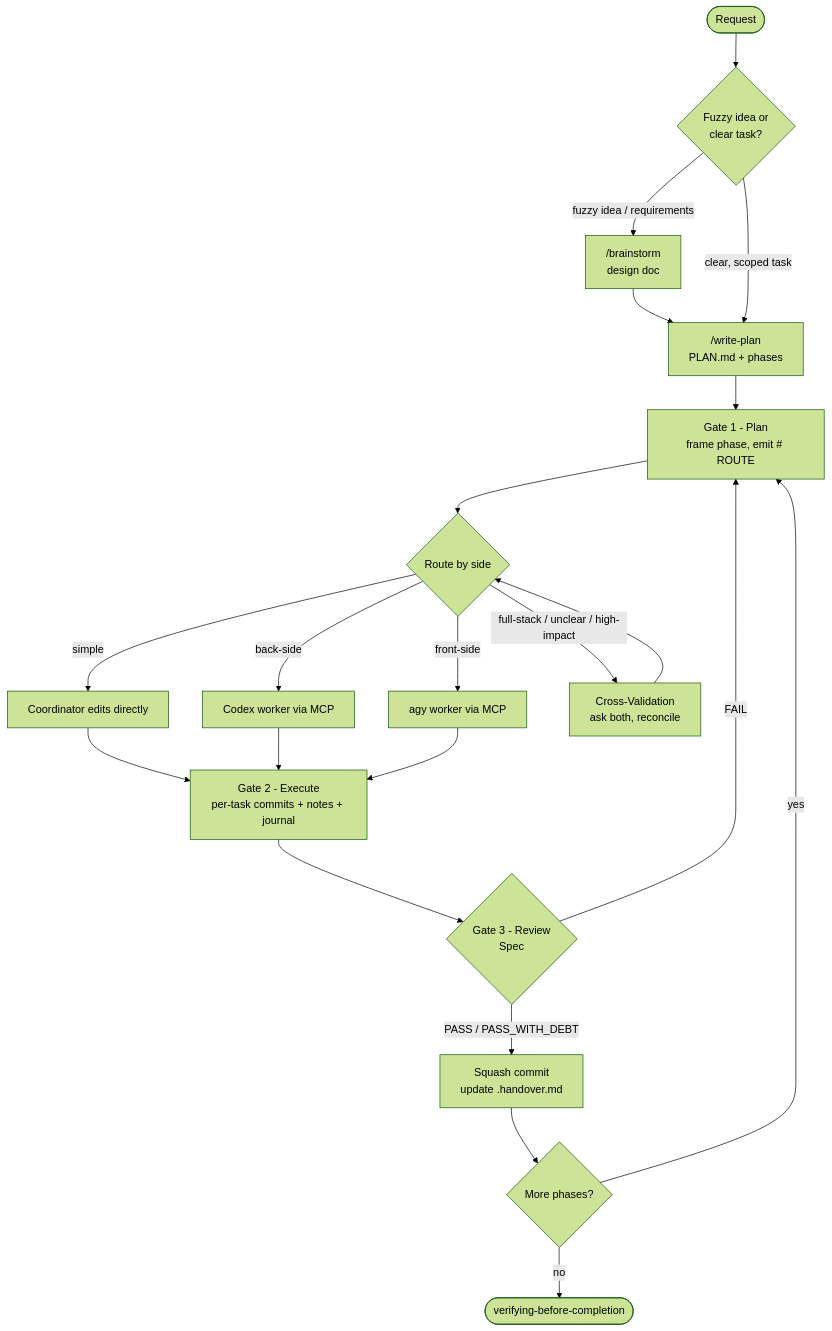
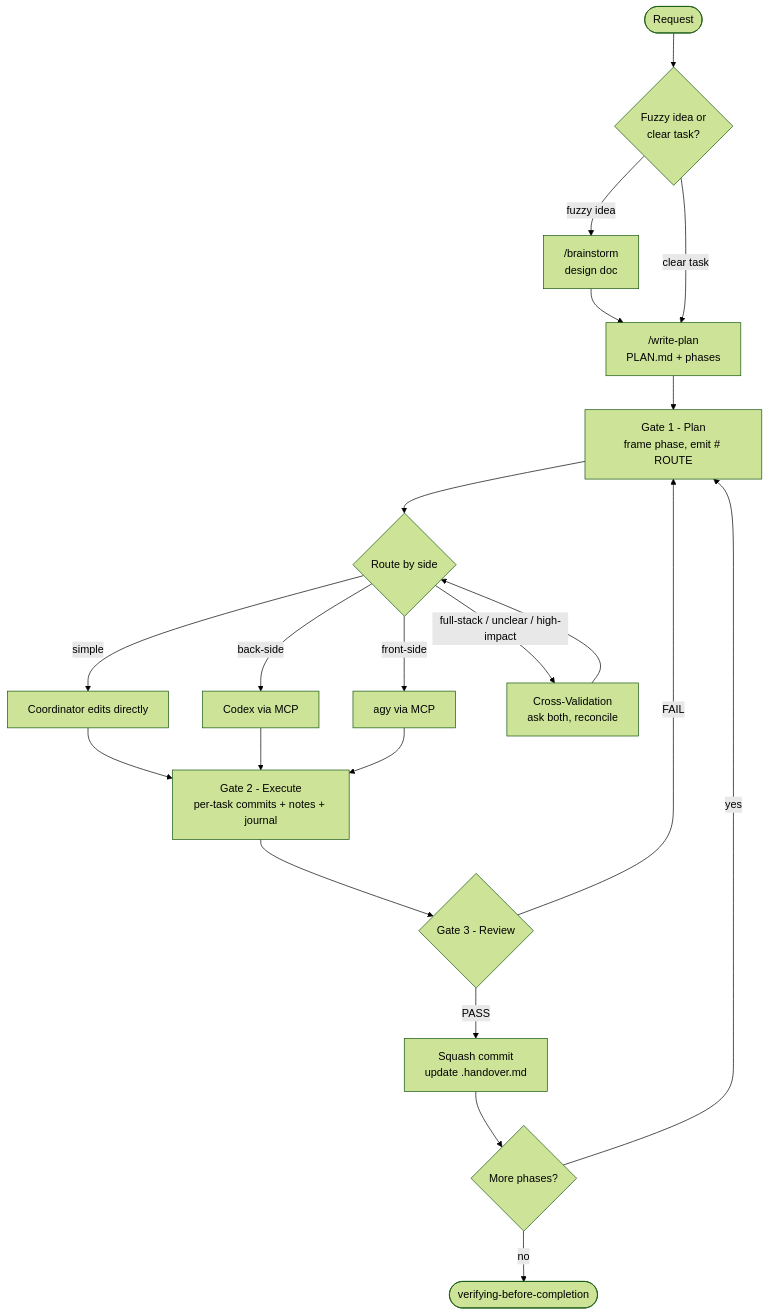
Before and after one commit to sitien173/refract: the diagram in plugin/README.md, drawn with Mermaid (forest theme). The commit also changed other lines of this file and 140 other files, not shown here.

````diff
--- a/plugin/README.md
+++ b/plugin/README.md
@@ -17,23 +11,23 @@
 ```mermaid
 flowchart TD
     A([Request]) --> B{Fuzzy idea or<br/>clear task?}
-    B -->|"fuzzy idea / requirements"| BR["/brainstorm<br/>design doc"]
+    B -->|"fuzzy idea"| BR["/brainstorm<br/>design doc"]
     BR --> WP["/write-plan<br/>PLAN.md + phases"]
-    B -->|"clear, scoped task"| WP
+    B -->|"clear task"| WP
     WP --> P["Gate 1 - Plan<br/>frame phase, emit # ROUTE"]
     P --> R{Route by side}
     R -->|simple| CO["Coordinator edits directly"]
-    R -->|back-side| CX["Codex worker via MCP"]
-    R -->|front-side| GM["agy worker via MCP"]
+    R -->|back-side| CX["Codex via MCP"]
+    R -->|front-side| GM["agy via MCP"]
     R -->|"full-stack / unclear / high-impact"| CV["Cross-Validation<br/>ask both, reconcile"]
     CV --> R
     CO --> EX["Gate 2 - Execute<br/>per-task commits + notes + journal"]
     CX --> EX
     GM --> EX
-    EX --> RV{"Gate 3 - Review<br/>Spec"}
+    EX --> RV{"Gate 3 - Review"}
     RV -->|FAIL| P
-    RV -->|"PASS / PASS_WITH_DEBT"| SQ["Squash commit<br/>update .handover.md"]
+    RV -->|"PASS"| SQ["Squash commit<br/>update .handover.md"]
     SQ --> NX{More phases?}
     NX -->|yes| P
     NX -->|no| V(["verifying-before-completion"])
 ```
````
